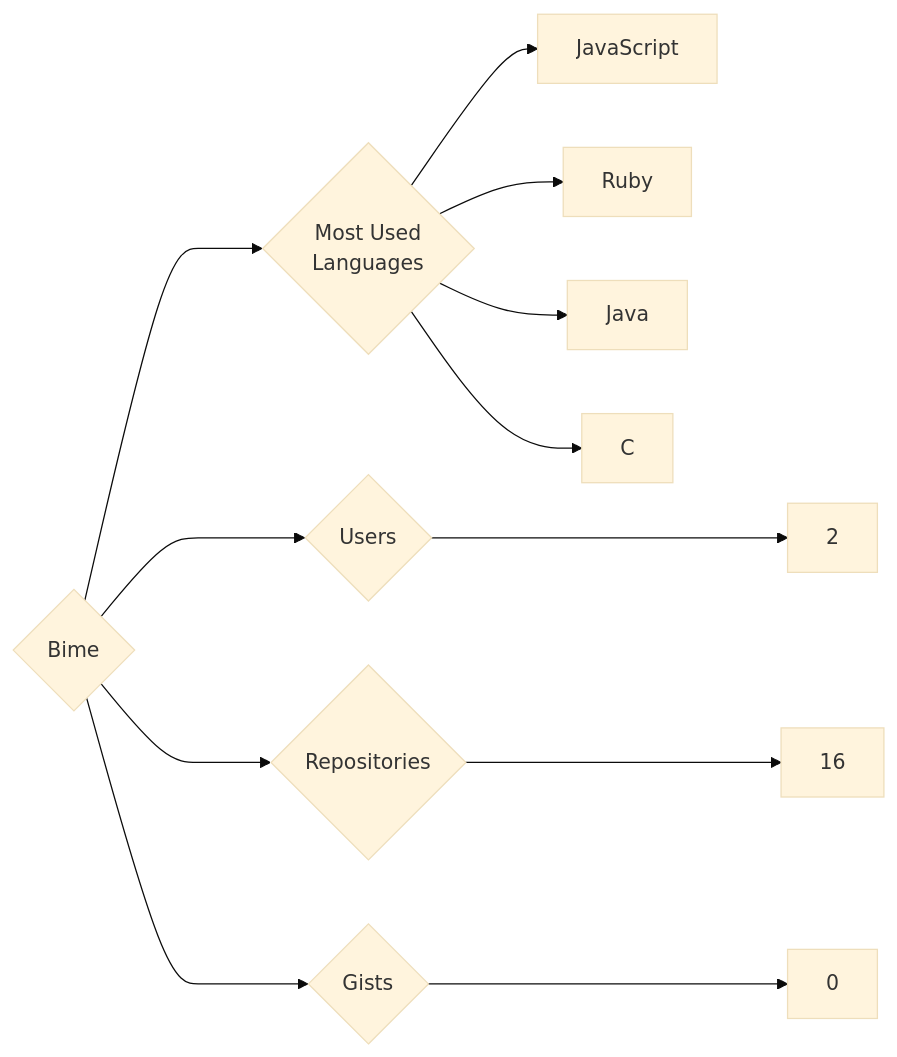
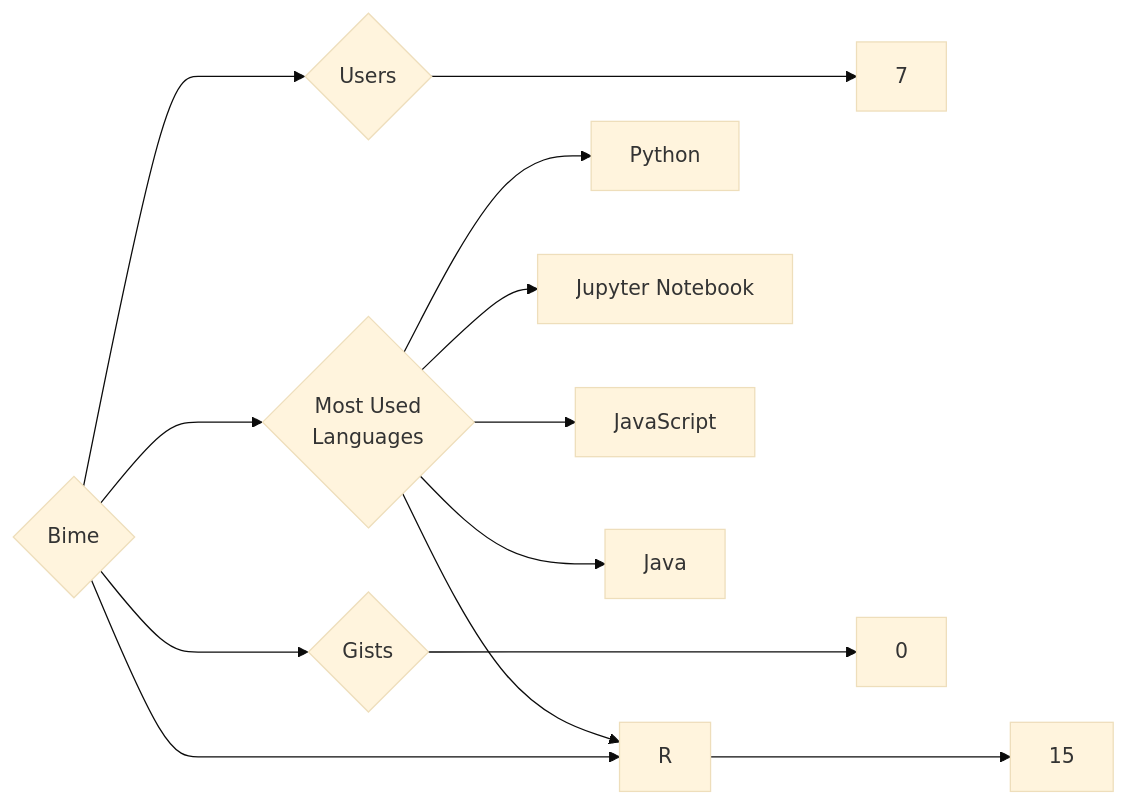
Before and after one commit to trickest/insiders: the diagram in targets/Bime/README.md, drawn with Mermaid (base theme). The commit also changed 888 other files, not shown here.

````diff
--- a/targets/Bime/README.md
+++ b/targets/Bime/README.md
@@ -3,12 +3,13 @@
 ```mermaid
 graph LR
 COMPANY_NAME{Bime}
-COMPANY_NAME ---> U{Users} ---> UN[2]
-COMPANY_NAME ---> R{Repositories} ---> RN[16]
+COMPANY_NAME ---> U{Users} ---> UN[7]
+COMPANY_NAME ---> R{Repositories} ---> RN[15]
 COMPANY_NAME ---> G{Gists} ---> GN[0]
 COMPANY_NAME ---> ML{Most Used<br>Languages}
+ML --> Python[Python]
+ML --> Jupyter_Notebook[Jupyter Notebook]
 ML --> JavaScript[JavaScript]
-ML --> Ruby[Ruby]
+ML --> R[R]
 ML --> Java[Java]
-ML --> C[C]
 ```
````
